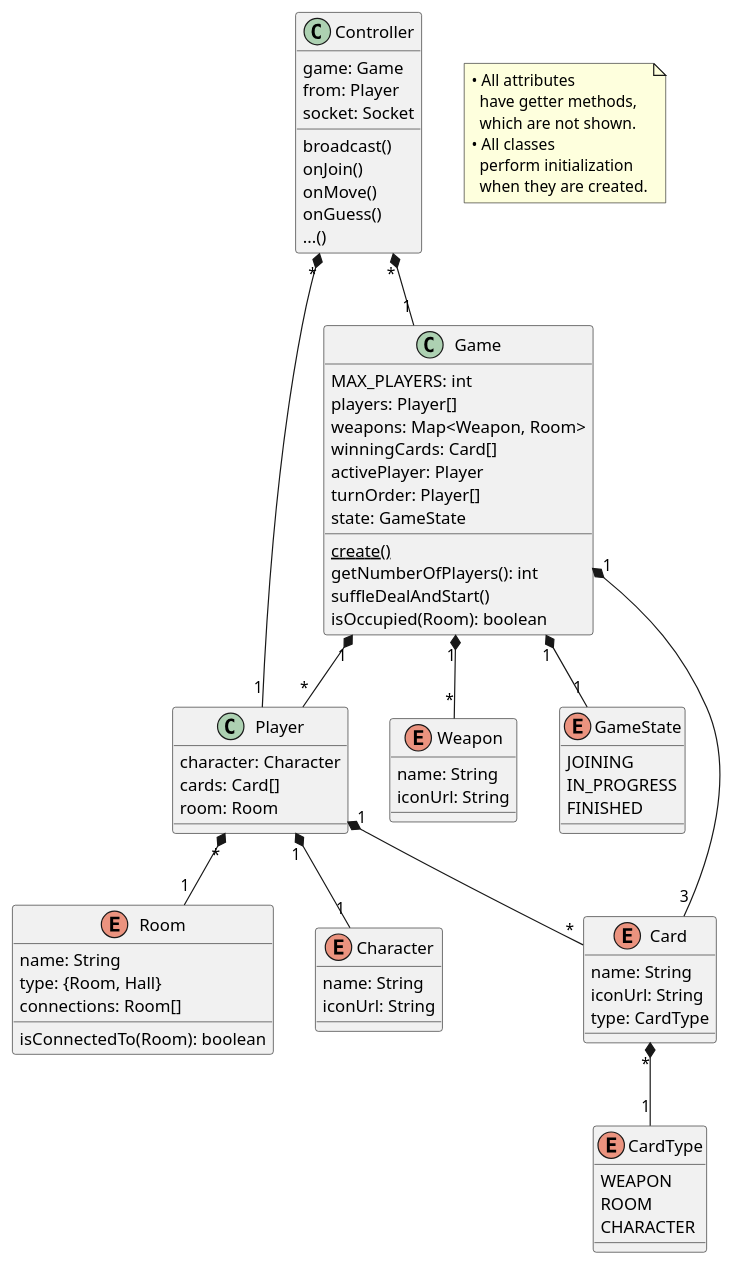
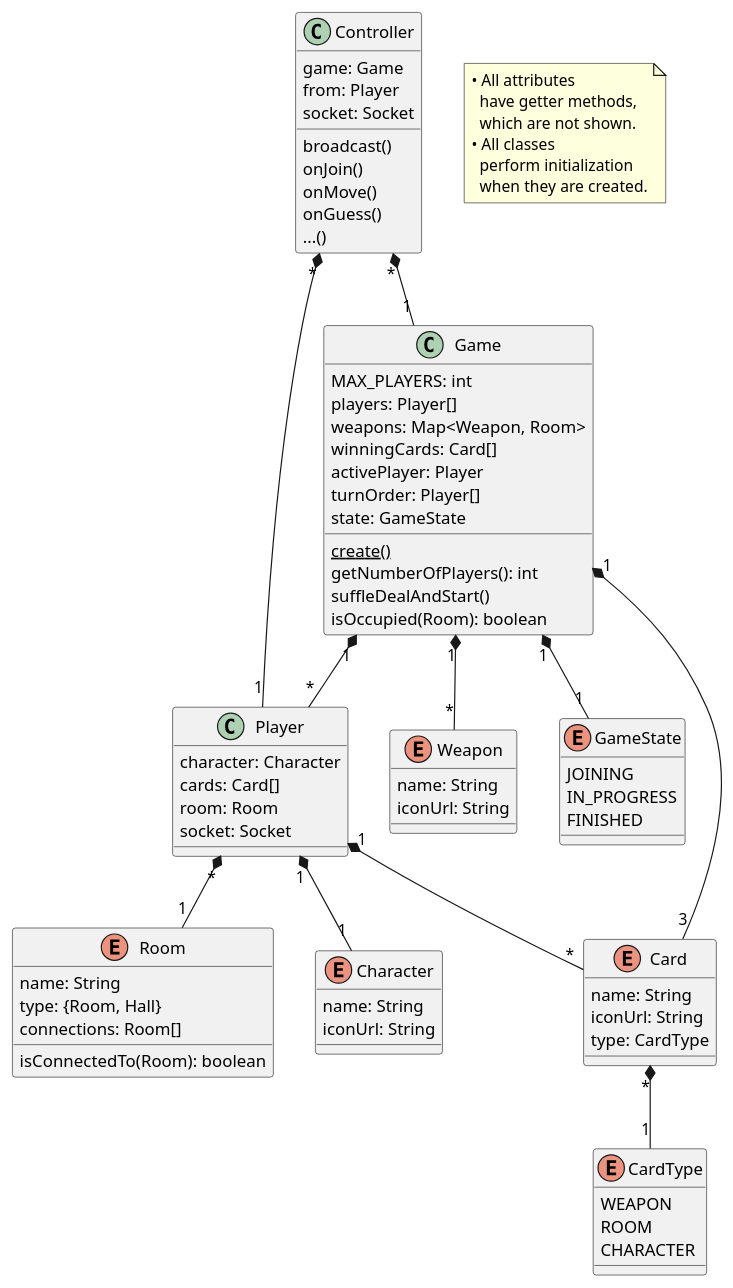
One commit to ymikhaylov/605.401 changed the diagram in design/game.plantuml. Above: the diagram before and after it, drawn with PlantUML. The commit also changed 1 other file, not shown here.

Commit message:
Suggestion sequence diagram
Also added a socket field to Player.

```diff
--- a/design/game.plantuml
+++ b/design/game.plantuml
@@ -1,89 +1,90 @@
 @startuml
 
 Game "1" *-- "*" Player
 Game "1" *-- "3" Card
 Game "1" *-- "*" Weapon
 Game "1" *-- "1" GameState
 Player "1" *-- "*" Card
 Player "*" *-- "1" Room
 Player "1" *-- "1" Character
 Card "*" *-- "1" CardType
 Controller "*" *-- "1" Game
 Controller "*" *-- "1" Player
 
 note as N1
   • All attributes
     have getter methods,
     which are not shown.
   • All classes
     perform initialization
     when they are created.
 end note
 
 class Game {
 MAX_PLAYERS: int
 players: Player[]
 weapons: Map<Weapon, Room>
 winningCards: Card[]
 activePlayer: Player
 turnOrder: Player[]
 state: GameState
 <u>create()
 getNumberOfPlayers(): int
 suffleDealAndStart()
 isOccupied(Room): boolean
 }
 
 enum GameState {
 JOINING
 IN_PROGRESS
 FINISHED
 }
 
 class Player {
 character: Character
 cards: Card[]
 room: Room
+socket: Socket
 }
 
 enum Character {
 name: String
 iconUrl: String
 }
 
 enum Weapon {
 name: String
 iconUrl: String
 }
 
 enum Card {
 name: String
 iconUrl: String
 type: CardType
 }
 
 enum CardType {
 WEAPON
 ROOM
 CHARACTER
 }
 
 enum Room {
 name: String
 type: {Room, Hall}
 connections: Room[]
 isConnectedTo(Room): boolean
 }
 
 class Controller {
 game: Game
 from: Player
 socket: Socket
 broadcast()
 onJoin()
 onMove()
 onGuess()
 ...()
 }
 
 @enduml
```
